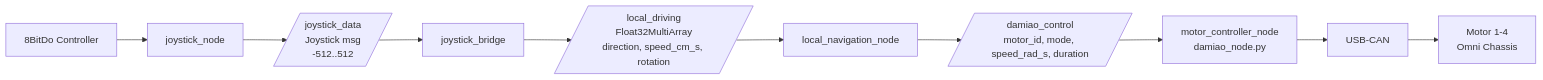
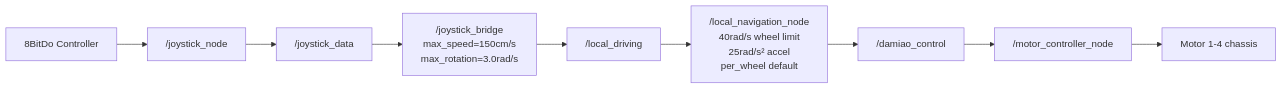
The second of 6 diagrams in ARCHITECTURE.md (herolch07/joystck_controller), drawn with Mermaid before and after one commit. The commit also changed other lines of this file and 18 other files, not shown here.

````diff
--- a/ARCHITECTURE.md
+++ b/ARCHITECTURE.md
@@ -112,15 +105,14 @@
 ```mermaid
 flowchart LR
     Controller[8BitDo Controller]
-    JoyNode[joystick_node]
-    JoyTopic[/joystick_data<br/>Joystick msg<br/>-512..512/]
-    Bridge[joystick_bridge]
-    LocalDriving[/local_driving<br/>Float32MultiArray<br/>direction, speed_cm_s, rotation/]
-    Nav[local_navigation_node]
-    DamiaoCmd[/damiao_control<br/>motor_id, mode, speed_rad_s, duration/]
-    Driver[motor_controller_node<br/>damiao_node.py]
-    CAN[USB-CAN]
-    Motors[Motor 1-4<br/>Omni Chassis]
+    JoyNode["/joystick_node"]
+    JoyTopic["/joystick_data"]
+    Bridge["/joystick_bridge<br/>max_speed=150cm/s<br/>max_rotation=3.0rad/s"]
+    LocalDriving["/local_driving"]
+    Nav["/local_navigation_node<br/>40rad/s wheel limit<br/>25rad/s² accel<br/>per_wheel default"]
+    DamiaoCmd["/damiao_control"]
+    Driver["/motor_controller_node"]
+    Motors["Motor 1-4 chassis"]
 
-    Controller --> JoyNode --> JoyTopic --> Bridge --> LocalDriving --> Nav --> DamiaoCmd --> Driver --> CAN --> Motors
+    Controller --> JoyNode --> JoyTopic --> Bridge --> LocalDriving --> Nav --> DamiaoCmd --> Driver --> Motors
 ```
````
